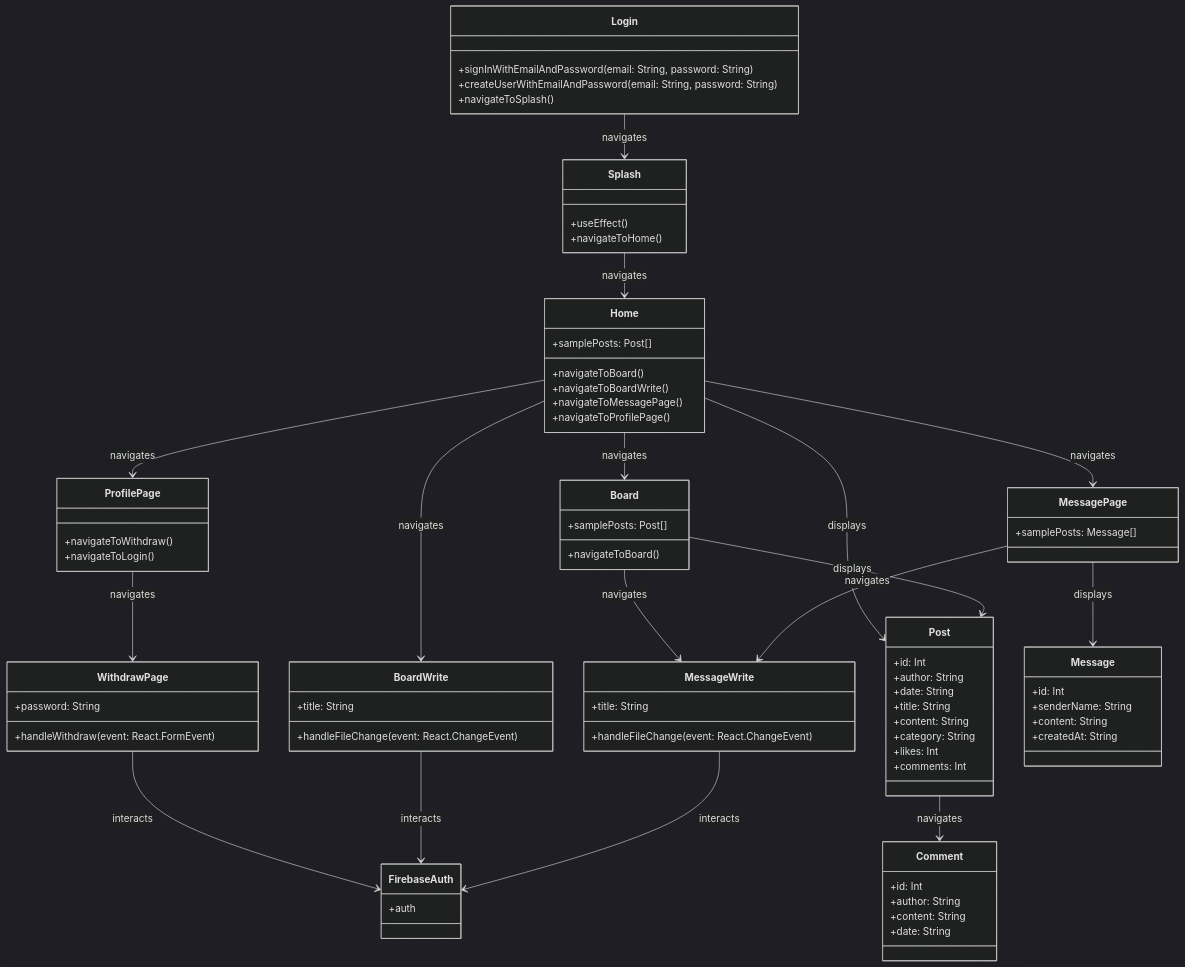
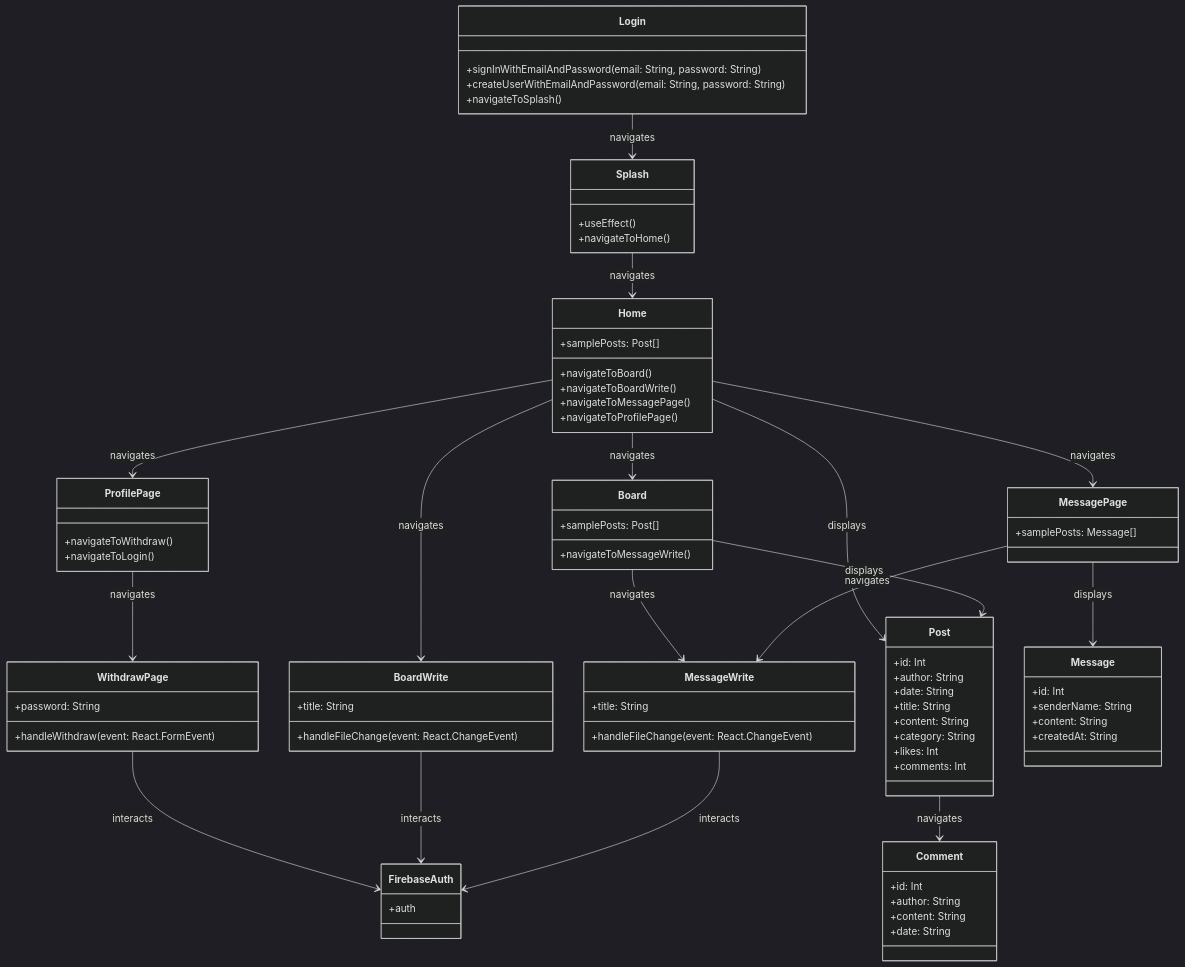
One commit to Playinc-React-NodeJS-etc/Eoullim changed the diagram in README.md. Above: the diagram before and after it, drawn with Mermaid (dark theme).

```diff
--- a/README.md
+++ b/README.md
@@ -10,7 +10,7 @@
 
     class Board {
         +samplePosts: Post[]
-        +navigateToBoard()
+        +navigateToMessageWrite()
     }
 
     class BoardWrite {
```
